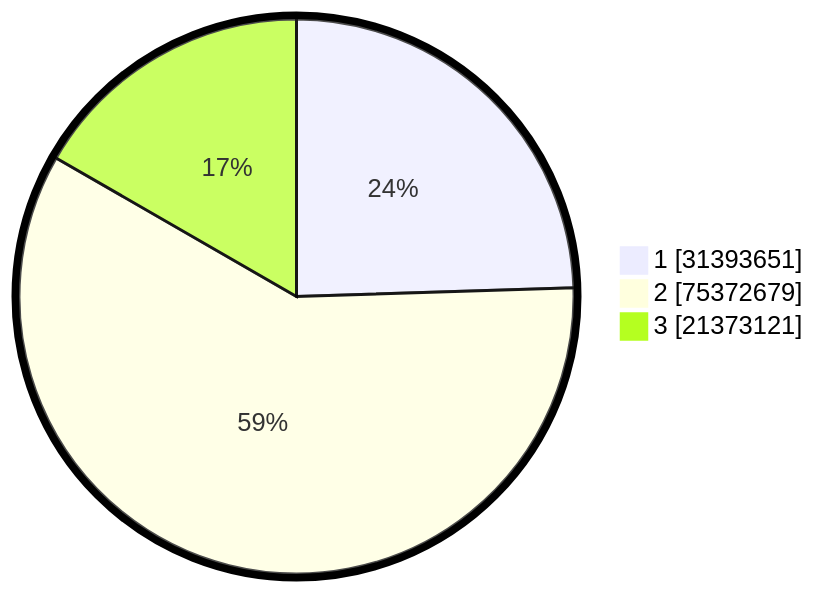
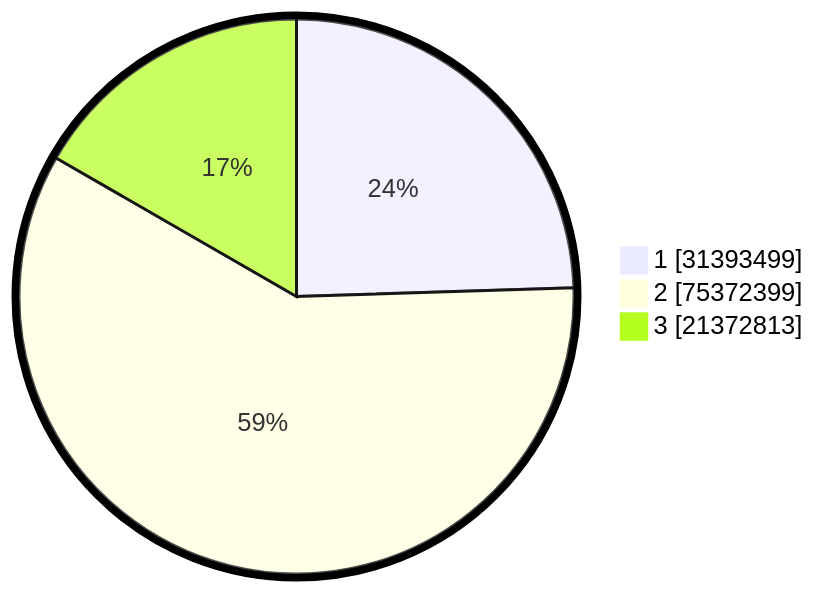
One commit to gigit-pemilu/pemilu-2024 changed the second of 2 diagrams in pilpres/hitung-suara/README.md. Above: the diagram before and after it, drawn with Mermaid. The commit also changed other lines of this file and 9 other files, not shown here.

````diff
--- a/pilpres/hitung-suara/README.md
+++ b/pilpres/hitung-suara/README.md
@@ -93,7 +93,7 @@
 ```mermaid
 %%{init: {"pie": {"textPosition": 0.5}, "themeVariables": {"pieOuterStrokeWidth": "5px"}} }%%
 pie showData
-    "1" : 31393651
-    "2" : 75372679
-    "3" : 21373121
+    "1" : 31393499
+    "2" : 75372399
+    "3" : 21372813
 ```
````
